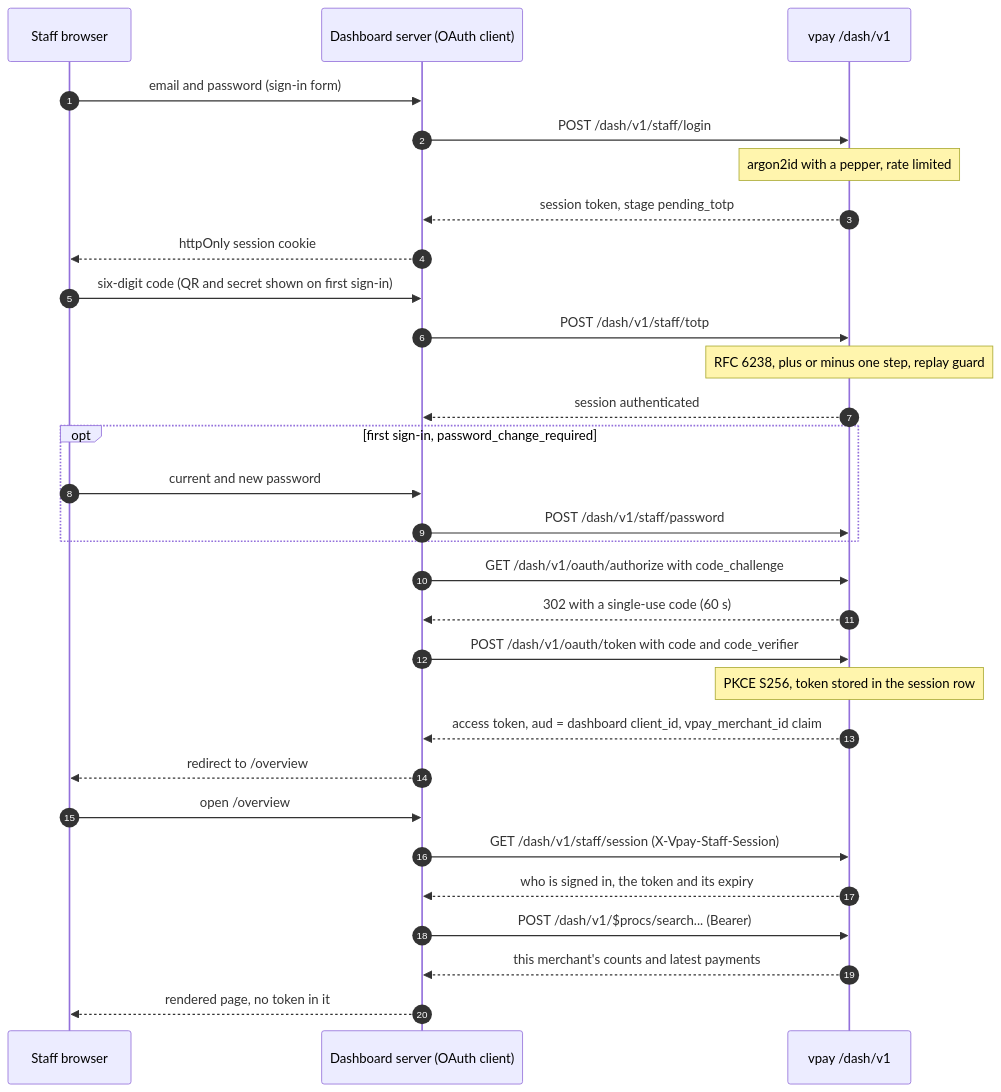
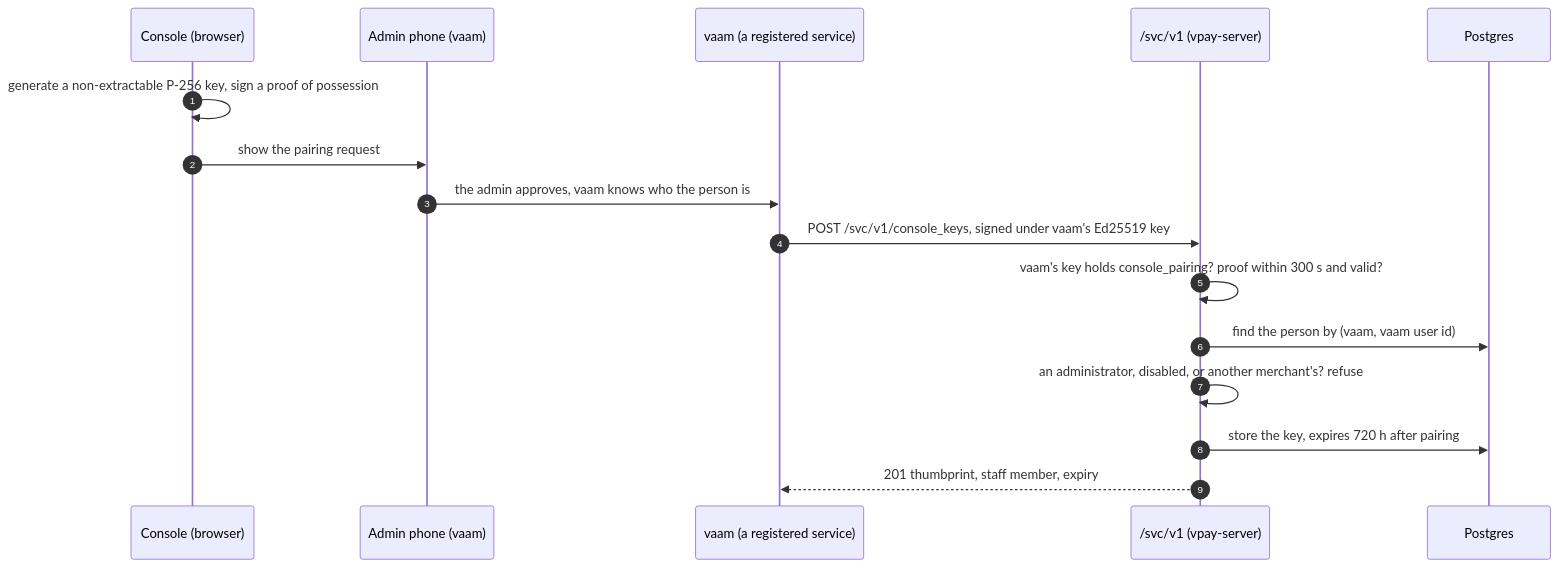
One commit to vaam-apps/vpay-docs changed the first of 3 diagrams in docs/dashboard/authentication.md. Above: the diagram before and after it, drawn with Mermaid. The commit also changed other lines of this file and 29 other files, not shown here.

First line of the commit message:
docs: parity with vpay v0.16.0, re-read and signed (#35)

````diff
--- a/docs/dashboard/authentication.md
+++ b/docs/dashboard/authentication.md
@@ -77,32 +94,18 @@
 ```mermaid
 sequenceDiagram
     autonumber
-    participant B as Staff browser
-    participant D as Dashboard server (OAuth client)
-    participant V as vpay /dash/v1
-    B->>D: email and password (sign-in form)
-    D->>V: POST /dash/v1/staff/login
-    Note over V: argon2id with a pepper, rate limited
-    V-->>D: session token, stage pending_totp
-    D-->>B: httpOnly session cookie
-    B->>D: six-digit code (QR and secret shown on first sign-in)
-    D->>V: POST /dash/v1/staff/totp
-    Note over V: RFC 6238, plus or minus one step, replay guard
-    V-->>D: session authenticated
-    opt first sign-in, password_change_required
-        B->>D: current and new password
-        D->>V: POST /dash/v1/staff/password
-    end
-    D->>V: GET /dash/v1/oauth/authorize with code_challenge
-    V-->>D: 302 with a single-use code (60 s)
-    D->>V: POST /dash/v1/oauth/token with code and code_verifier
-    Note over V: PKCE S256, token stored in the session row
-    V-->>D: access token, aud = dashboard client_id, vpay_merchant_id claim
-    D-->>B: redirect to /overview
-    B->>D: open /overview
-    D->>V: GET /dash/v1/staff/session (X-Vpay-Staff-Session)
-    V-->>D: who is signed in, the token and its expiry
-    D->>V: POST /dash/v1/$procs/search... (Bearer)
-    V-->>D: this merchant's counts and latest payments
-    D-->>B: rendered page, no token in it
+    participant B as Console (browser)
+    participant P as Admin phone (vaam)
+    participant V as vaam (a registered service)
+    participant S as /svc/v1 (vpay-server)
+    participant D as Postgres
+    B->>B: generate a non-extractable P-256 key, sign a proof of possession
+    B->>P: show the pairing request
+    P->>V: the admin approves, vaam knows who the person is
+    V->>S: POST /svc/v1/console_keys, signed under vaam's Ed25519 key
+    S->>S: vaam's key holds console_pairing? proof within 300 s and valid?
+    S->>D: find the person by (vaam, vaam user id)
+    S->>S: an administrator, disabled, or another merchant's? refuse
+    S->>D: store the key, expires 720 h after pairing
+    S-->>V: 201 thumbprint, staff member, expiry
 ```
````
